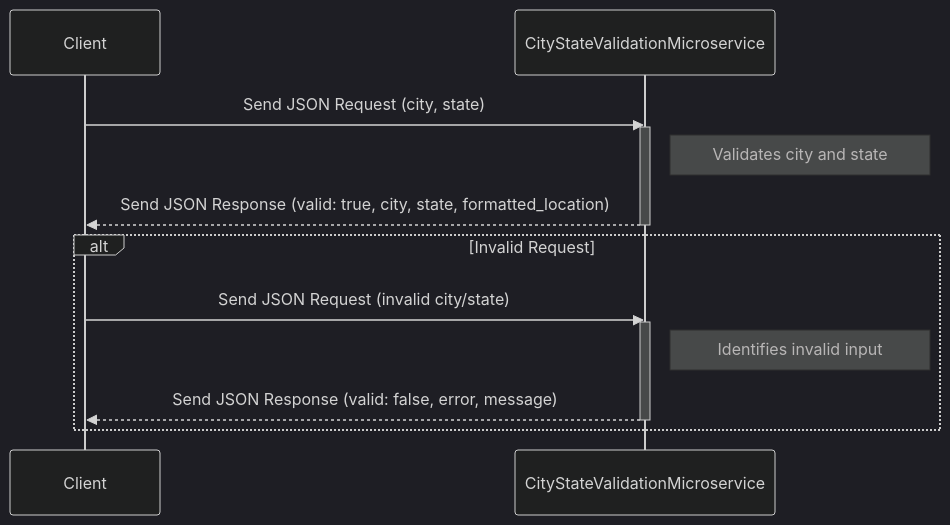
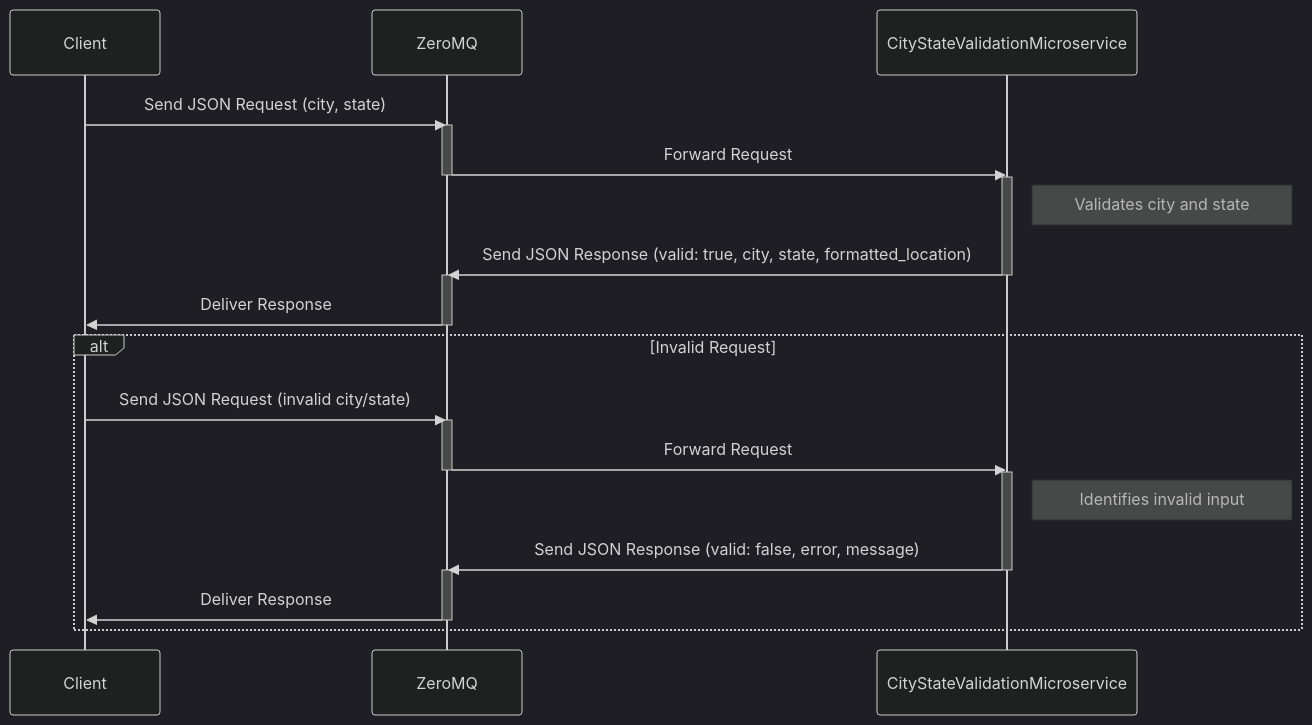
The diagram in README.md (kelseybowen/city_validator), drawn with Mermaid (dark theme) before and after one commit.

````diff
--- a/README.md
+++ b/README.md
@@ -84,19 +84,32 @@
 ```mermaid
 sequenceDiagram
     participant Client
+    participant ZeroMQ
     participant CityStateValidationMicroservice
 
-    Client->>CityStateValidationMicroservice: Send JSON Request (city, state)
+    Client->>ZeroMQ: Send JSON Request (city, state)
+    activate ZeroMQ
+    ZeroMQ->>CityStateValidationMicroservice: Forward Request
+    deactivate ZeroMQ
     activate CityStateValidationMicroservice
     Note right of CityStateValidationMicroservice: Validates city and state
-    CityStateValidationMicroservice-->>Client: Send JSON Response (valid: true, city, state, formatted_location)
+    CityStateValidationMicroservice->>ZeroMQ: Send JSON Response (valid: true, city, state, formatted_location)
     deactivate CityStateValidationMicroservice
+    activate ZeroMQ
+    ZeroMQ->>Client: Deliver Response
+    deactivate ZeroMQ
 
     alt Invalid Request
-        Client->>CityStateValidationMicroservice: Send JSON Request (invalid city/state)
+        Client->>ZeroMQ: Send JSON Request (invalid city/state)
+        activate ZeroMQ
+        ZeroMQ->>CityStateValidationMicroservice: Forward Request
+        deactivate ZeroMQ
         activate CityStateValidationMicroservice
         Note right of CityStateValidationMicroservice: Identifies invalid input
-        CityStateValidationMicroservice-->>Client: Send JSON Response (valid: false, error, message)
+        CityStateValidationMicroservice->>ZeroMQ: Send JSON Response (valid: false, error, message)
         deactivate CityStateValidationMicroservice
+        activate ZeroMQ
+        ZeroMQ->>Client: Deliver Response
+        deactivate ZeroMQ
     end
 ```
````
